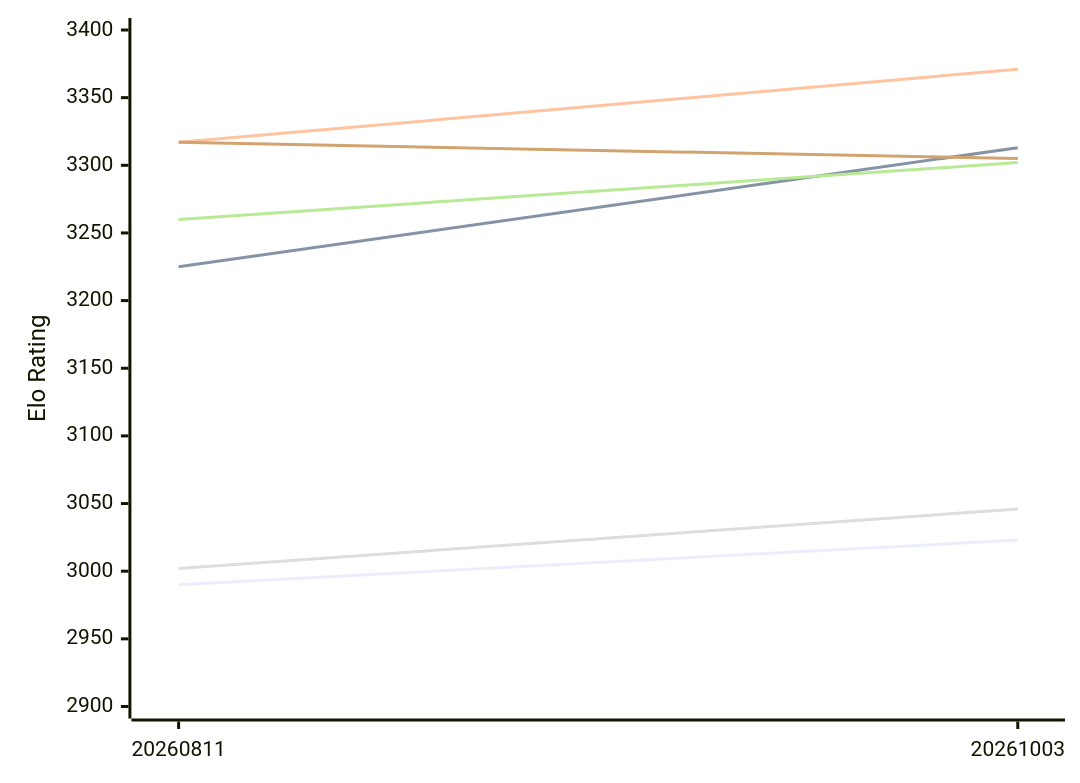
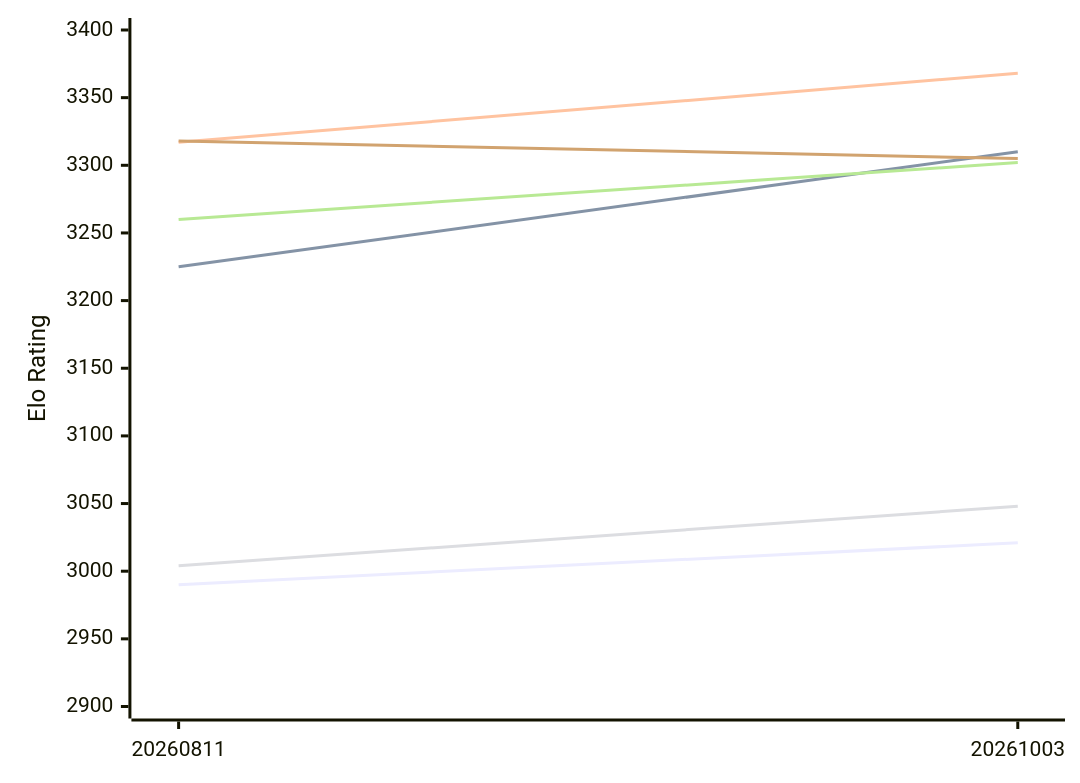
Before and after one commit to computer-chess-index/cci: the first of 2 diagrams in engines/Askaig.md, drawn with Mermaid. The commit also changed other lines of this file, not shown here.

Commit message:
Update CCI Ratings (ELO VLTC) - 2026-11-28

````diff
--- a/engines/Askaig.md
+++ b/engines/Askaig.md
@@ -52,12 +52,12 @@
 ```mermaid
 %%{init: {"theme":"base","themeVariables":{"seriesColors:['#a3a3a3','#222221','#faa371']}}}%%
 xychart-beta
   x-axis ["20260811", "20261003"]
   y-axis "Elo Rating" 2900 --> 3400
-  line "E1: STC (8.0+0.08s)" [2990, 3023]
-  line "E1: LTC (60.0+0.60s)" [3225, 3313]
-  line "E1: VLTC (2m24s+1.12s)" [3317, 3371]
-  line "P1: STC (8.0+0.08s)" [3002, 3046]
+  line "E1: STC (8.0+0.08s)" [2990, 3021]
+  line "E1: LTC (60.0+0.60s)" [3225, 3310]
+  line "E1: VLTC (2m24s+1.12s)" [3317, 3368]
+  line "P1: STC (8.0+0.08s)" [3004, 3048]
   line "P1: LTC (60.0+0.60s)" [3260, 3302]
-  line "P1: VLTC (2m24s+1.12s)" [3317, 3305]
+  line "P1: VLTC (2m24s+1.12s)" [3318, 3305]
 ```
````
